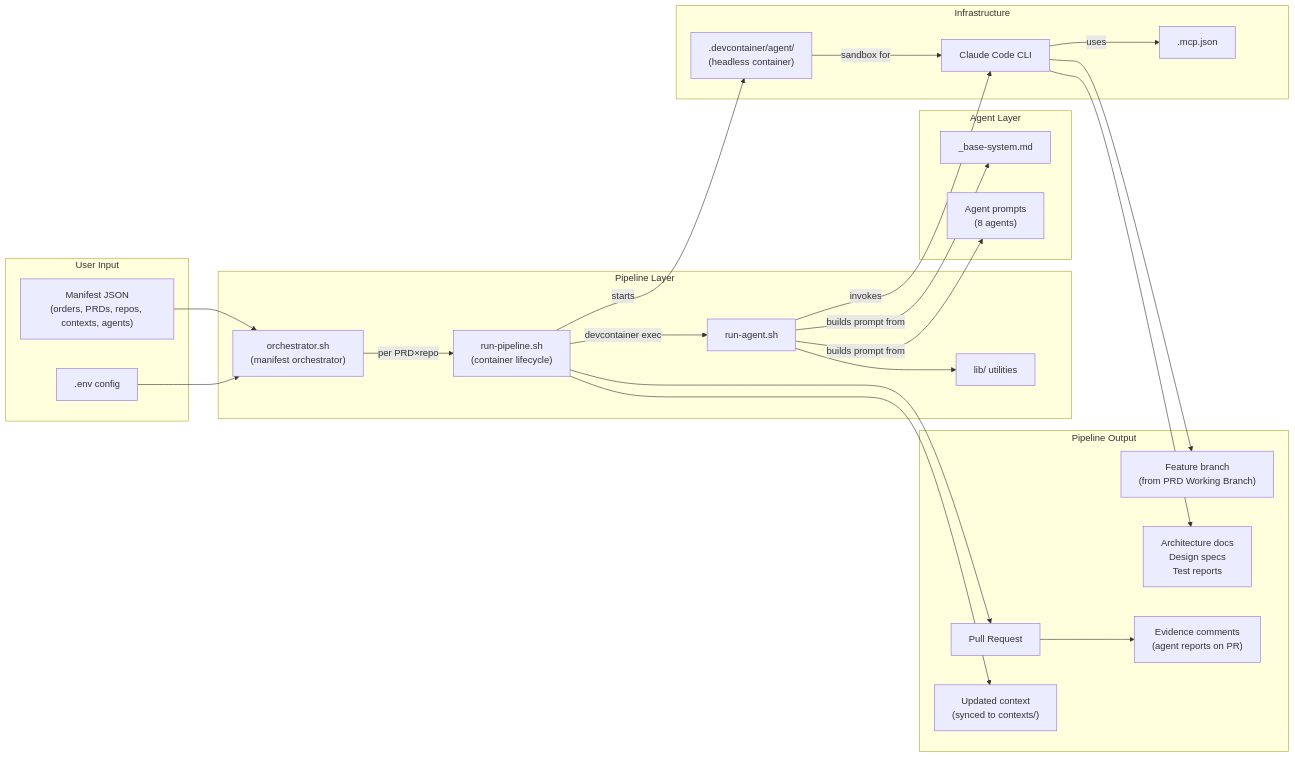
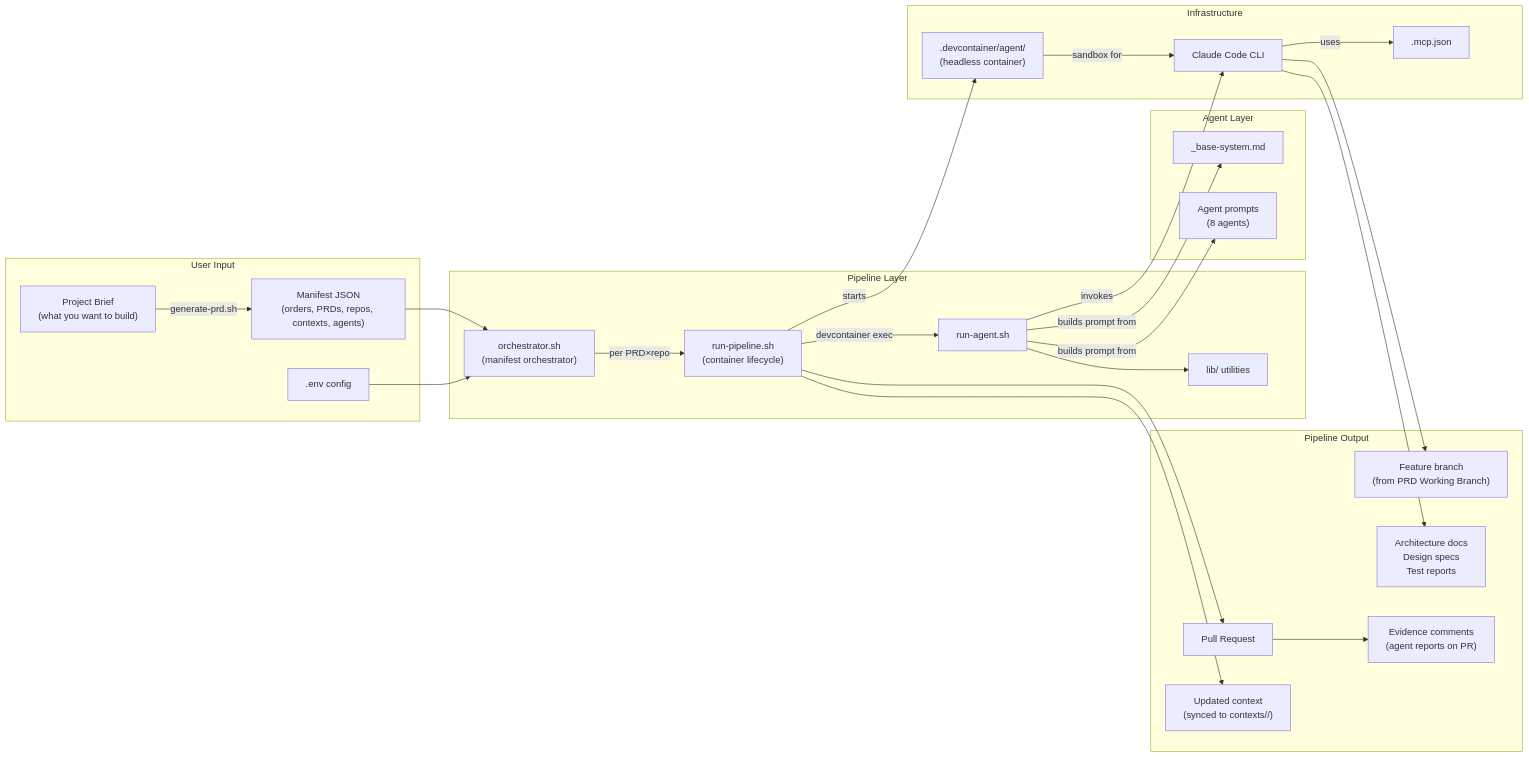
Before and after one commit to delehner/wisp: the second of 2 diagrams in docs/project-structure.md, drawn with Mermaid. The commit also changed other lines of this file and 23 other files, not shown here.

Commit message:
Repo Context SKILLs generator and interactive ralph loops, with improved logs

````diff
--- a/docs/project-structure.md
+++ b/docs/project-structure.md
@@ -47,50 +53,52 @@
 ```mermaid
 flowchart LR
     subgraph User["User Input"]
+        Brief["Project Brief\n(what you want to build)"]
         Manifest["Manifest JSON\n(orders, PRDs, repos, contexts, agents)"]
         Env[".env config"]
     end
 
     subgraph Orchestration["Pipeline Layer"]
         Orch["orchestrator.sh\n(manifest orchestrator)"]
         Pipe["run-pipeline.sh\n(container lifecycle)"]
         Runner["run-agent.sh"]
         Libs["lib/ utilities"]
     end
 
     subgraph AgentLayer["Agent Layer"]
         Base["_base-system.md"]
         Prompts["Agent prompts\n(8 agents)"]
     end
 
     subgraph Infra["Infrastructure"]
         DC[".devcontainer/agent/\n(headless container)"]
         MCP[".mcp.json"]
         Claude["Claude Code CLI"]
     end
 
     subgraph Output["Pipeline Output"]
         Branch["Feature branch\n(from PRD Working Branch)"]
         Artifacts["Architecture docs\nDesign specs\nTest reports"]
         PullReq["Pull Request"]
         Evidence["Evidence comments\n(agent reports on PR)"]
-        CtxUpdate["Updated context\n(synced to contexts/)"]
+        CtxUpdate["Updated context\n(synced to contexts/<repo>/)"]
     end
 
+    Brief -->|"generate-prd.sh"| Manifest
     Manifest --> Orch
     Env --> Orch
     Orch -->|"per PRD×repo"| Pipe
     Pipe -->|"starts"| DC
     Pipe -->|"devcontainer exec"| Runner
     Runner --> Libs
     Runner -->|builds prompt from| Base
     Runner -->|builds prompt from| Prompts
     Runner -->|invokes| Claude
     Claude -->|uses| MCP
     DC -->|sandbox for| Claude
     Claude --> Branch
     Claude --> Artifacts
     Pipe --> PullReq
     PullReq --> Evidence
     Pipe --> CtxUpdate
 ```
````
